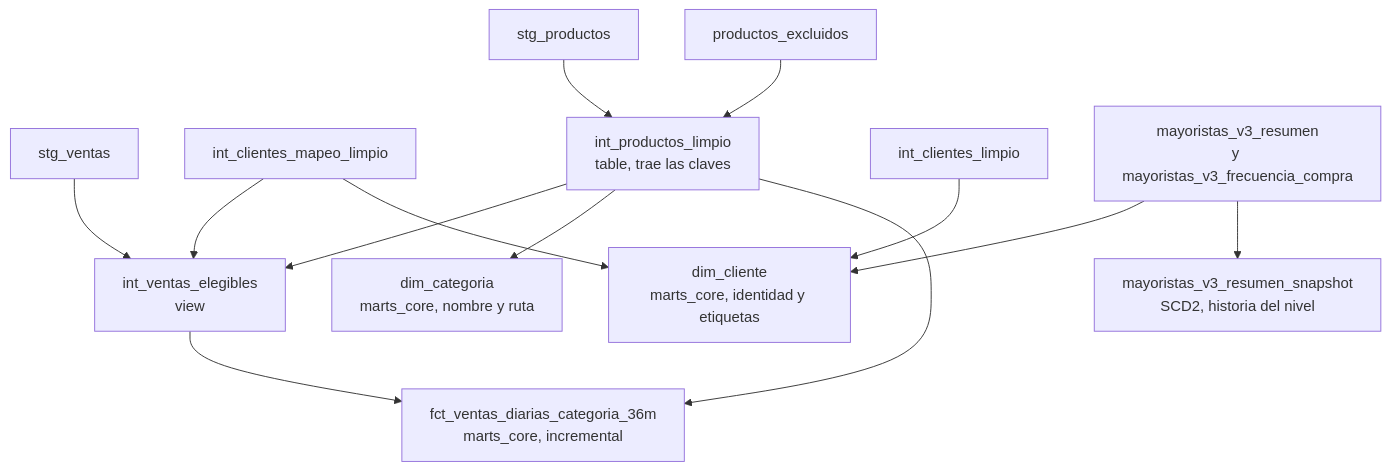
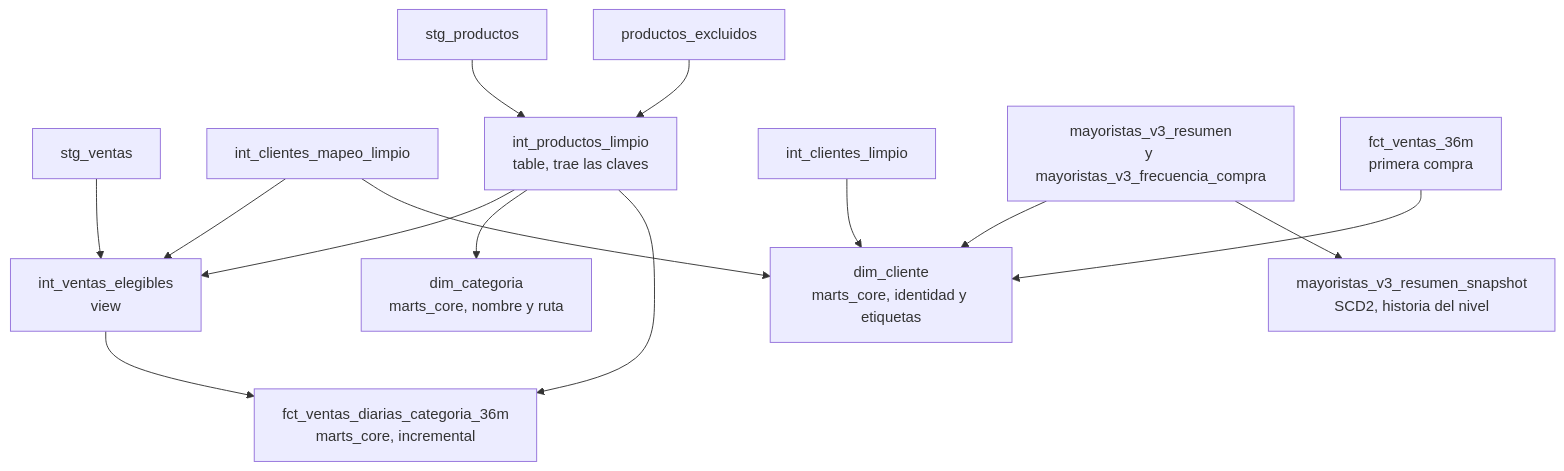
The fourth of 6 diagrams in ARQUITECTURA.md (adrian-dato/dbt-ahorrazo), drawn with Mermaid before and after one commit. The commit also changed other lines of this file and 1 other file, not shown here.

````diff
--- a/ARQUITECTURA.md
+++ b/ARQUITECTURA.md
@@ -272,15 +273,16 @@
 ```mermaid
 graph TD
     STG_VENTAS[stg_ventas] --> INT_ELEG[int_ventas_elegibles<br/>view]
     INT_MAPEO[int_clientes_mapeo_limpio] --> INT_ELEG
     STG_PROD[stg_productos] --> INT_PROD[int_productos_limpio<br/>table, trae las claves]
     SEED_EXCL[productos_excluidos] --> INT_PROD
     INT_PROD --> INT_ELEG
     INT_PROD --> CAT[dim_categoria<br/>marts_core, nombre y ruta]
     INT_ELEG --> FCT[fct_ventas_diarias_categoria_36m<br/>marts_core, incremental]
     INT_PROD --> FCT
     INT_CLI[int_clientes_limpio] --> CLI[dim_cliente<br/>marts_core, identidad y etiquetas]
     INT_MAPEO --> CLI
     MAYO[mayoristas_v3_resumen<br/>y mayoristas_v3_frecuencia_compra] --> CLI
+    F36[fct_ventas_36m<br/>primera compra] --> CLI
     MAYO --> SNAP[mayoristas_v3_resumen_snapshot<br/>SCD2, historia del nivel]
 ```
````
